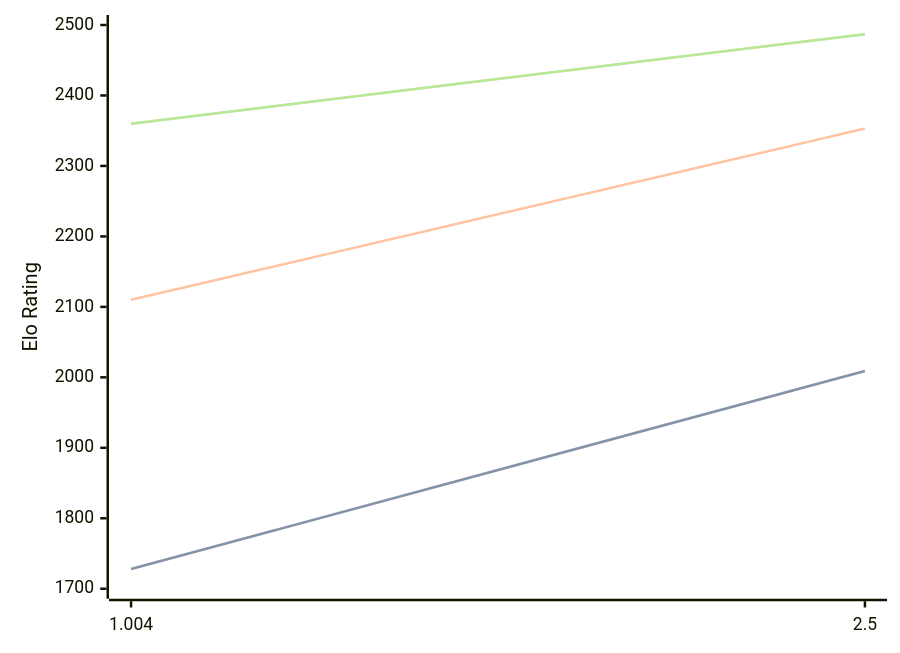
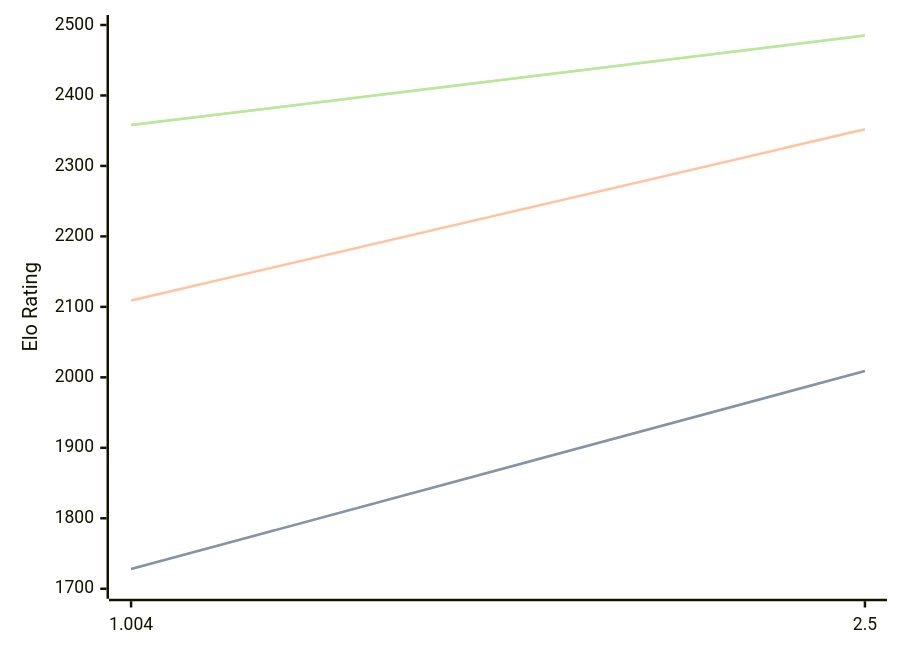
One commit to computer-chess-index/cci changed the diagram in engines/Ares.md. Above: the diagram before and after it, drawn with Mermaid. The commit also changed other lines of this file, not shown here.

Commit message:
Update CCI Ratings (ELO VLTC) - 2026-04-24

````diff
--- a/engines/Ares.md
+++ b/engines/Ares.md
@@ -32,11 +32,11 @@
 ```mermaid
 %%{init: {"theme":"base","themeVariables":{"seriesColors:['#a3a3a3','#222221','#faa371']}}}%%
 xychart-beta
   x-axis ["1.004", "2.5"]
   y-axis "Elo Rating" 1700 --> 2500
   line "STC (8.0+0.08s)" [1728, 2009]
   line "STC (8.0+0.08s)" [1728, 2009]
-  line "LTC (60.0+0.60s)" [2110, 2353]
-  line "VLTC (2m24s+1.12s)" [2360, 2487]
-  line "VLTC (2m24s+1.12s)" [2360, 2487]
+  line "LTC (60.0+0.60s)" [2109, 2352]
+  line "VLTC (2m24s+1.12s)" [2358, 2485]
+  line "VLTC (2m24s+1.12s)" [2358, 2485]
 ```
````
